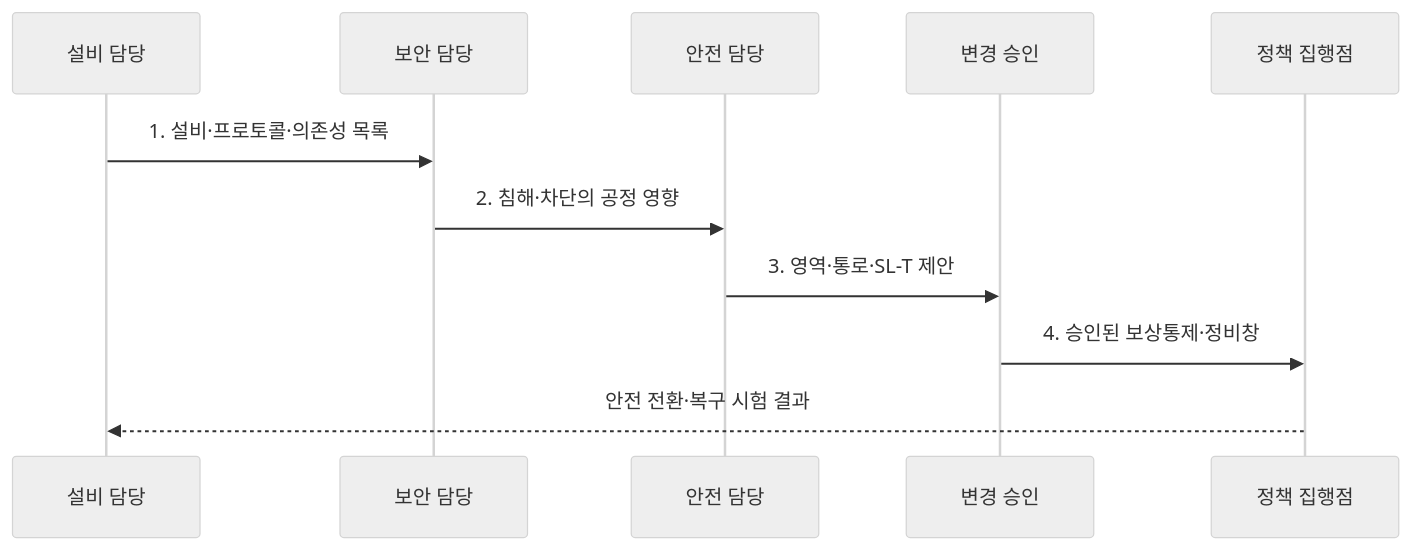
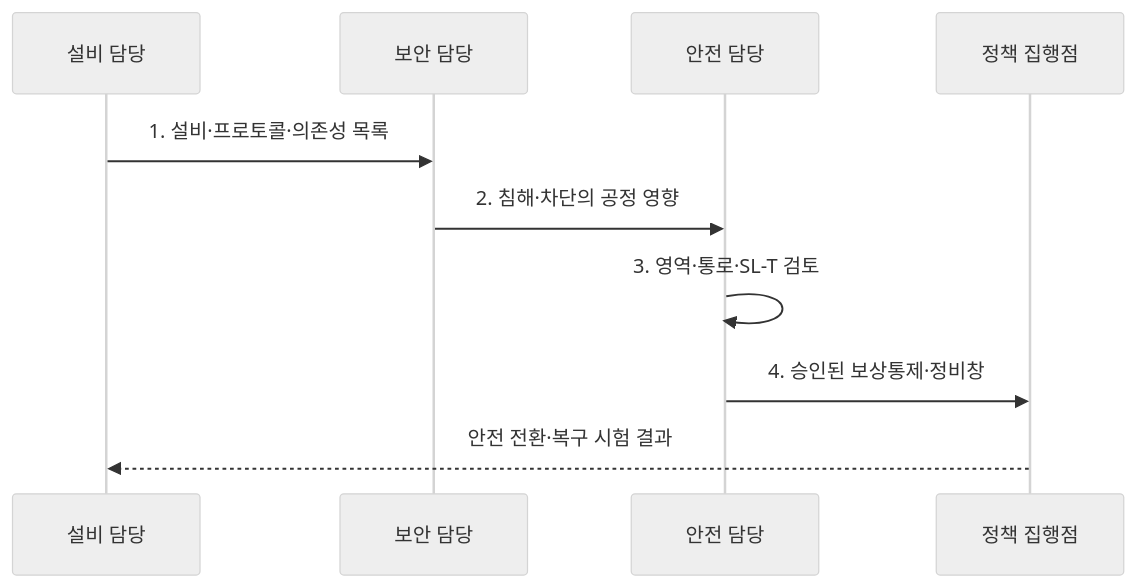
One commit to agnusdei1207/knowledge-base changed the second of 2 diagrams in src/content/docs/notes/05-security/133_ot_security_smart_factory.md. Above: the diagram before and after it, drawn with Mermaid (neutral theme). The commit also changed other lines of this file and 2 other files, not shown here.

Commit message:
Reduce industrial security sequence roles

````diff
--- a/src/content/docs/notes/05-security/133_ot_security_smart_factory.md
+++ b/src/content/docs/notes/05-security/133_ot_security_smart_factory.md
@@ -100,13 +100,12 @@
 ```mermaid
 sequenceDiagram
   participant O as 설비 담당
   participant S as 보안 담당
   participant A as 안전 담당
-  participant C as 변경 승인
   participant E as 정책 집행점
   O->>S: 1. 설비·프로토콜·의존성 목록
   S->>A: 2. 침해·차단의 공정 영향
-  A->>C: 3. 영역·통로·SL-T 제안
-  C->>E: 4. 승인된 보상통제·정비창
+  A->>A: 3. 영역·통로·SL-T 검토
+  A->>E: 4. 승인된 보상통제·정비창
   E-->>O: 안전 전환·복구 시험 결과
 ```
````
